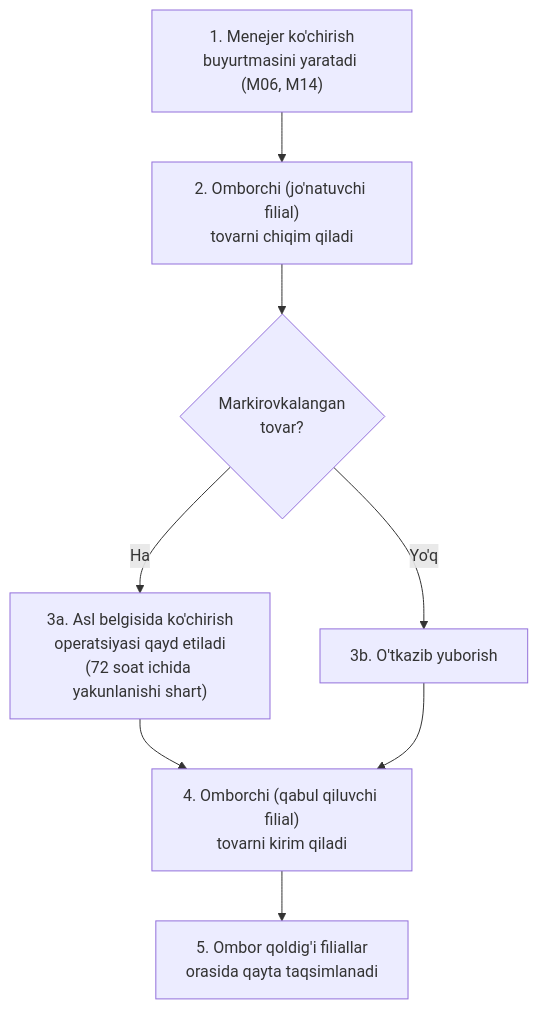
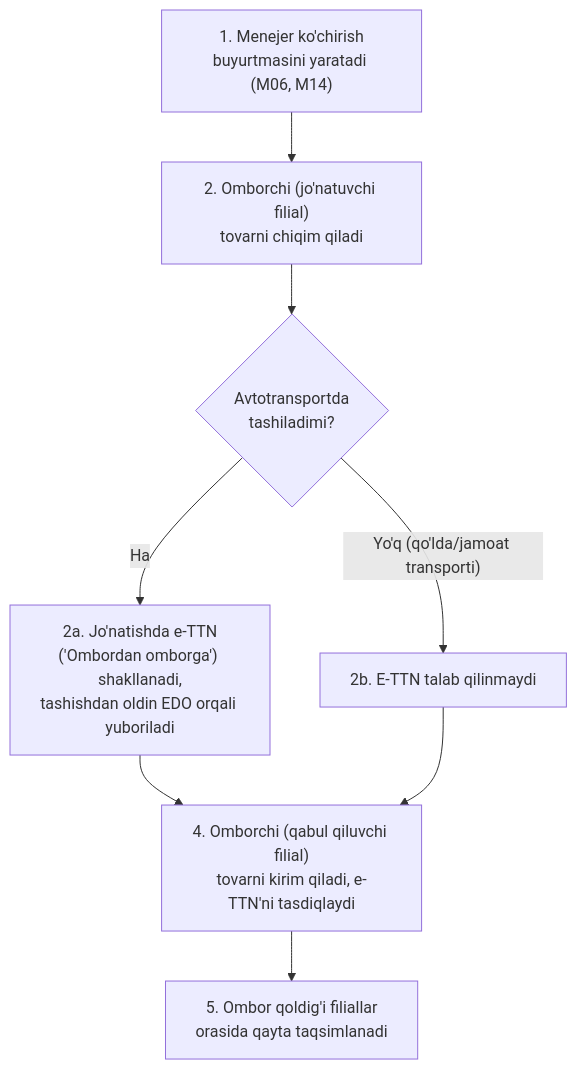
The ninth of 15 diagrams in spec/kod-uchun/04-biznes-jarayonlar.md (hasanoff507/erp), drawn with Mermaid before and after one commit. The commit also changed other lines of this file and 47 other files, not shown here.

````diff
--- a/spec/kod-uchun/04-biznes-jarayonlar.md
+++ b/spec/kod-uchun/04-biznes-jarayonlar.md
@@ -253,10 +259,10 @@
 ```mermaid
 flowchart TD
     A["1. Menejer ko'chirish\nbuyurtmasini yaratadi (M06, M14)"] --> B["2. Omborchi (jo'natuvchi filial)\ntovarni chiqim qiladi"]
-    B --> C{"Markirovkalangan\ntovar?"}
-    C -- "Ha" --> D["3a. Asl belgisida ko'chirish\noperatsiyasi qayd etiladi\n(72 soat ichida yakunlanishi shart)"]
-    C -- "Yo'q" --> E["3b. O'tkazib yuborish"]
-    D --> F["4. Omborchi (qabul qiluvchi filial)\ntovarni kirim qiladi"]
+    B --> C{"Avtotransportda\ntashiladimi?"}
+    C -- "Ha" --> D["2a. Jo'natishda e-TTN\n('Ombordan omborga') shakllanadi,\ntashishdan oldin EDO orqali yuboriladi"]
+    C -- "Yo'q (qo'lda/jamoat transporti)" --> E["2b. E-TTN talab qilinmaydi"]
+    D --> F["4. Omborchi (qabul qiluvchi filial)\ntovarni kirim qiladi, e-TTN'ni tasdiqlaydi"]
     E --> F
     F --> G["5. Ombor qoldig'i filiallar\norasida qayta taqsimlanadi"]
 ```
````
